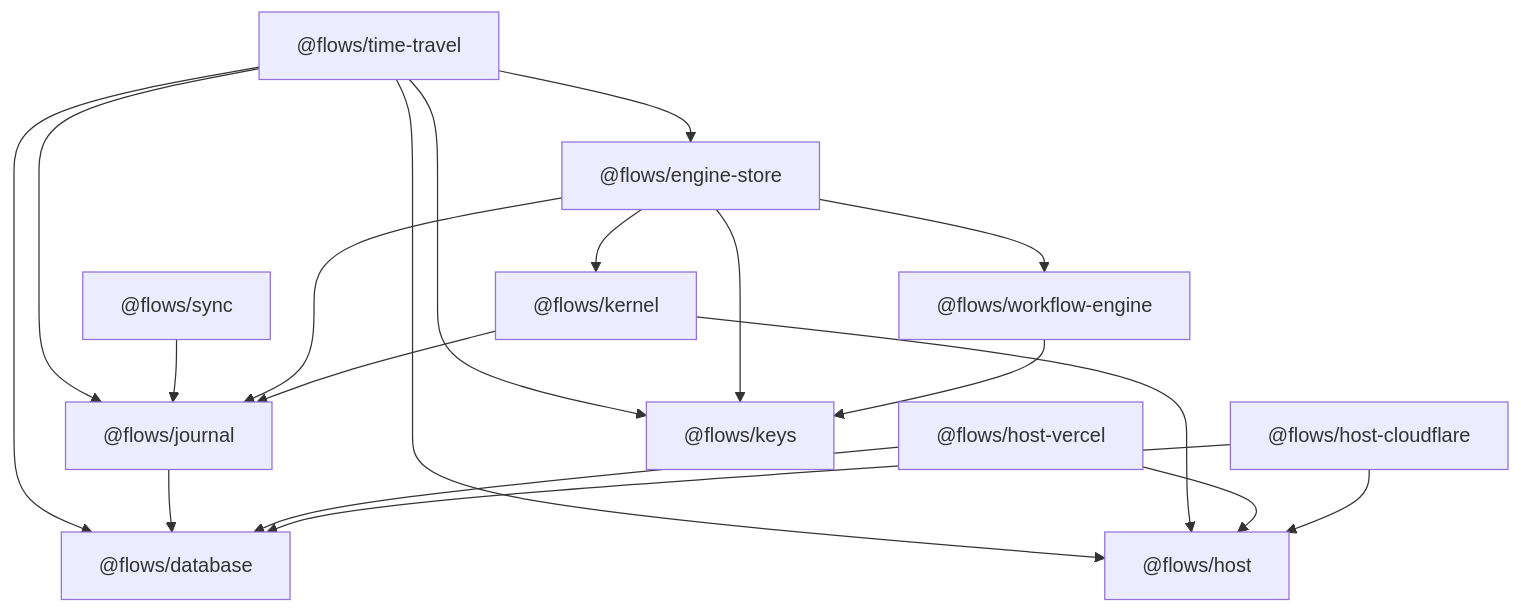
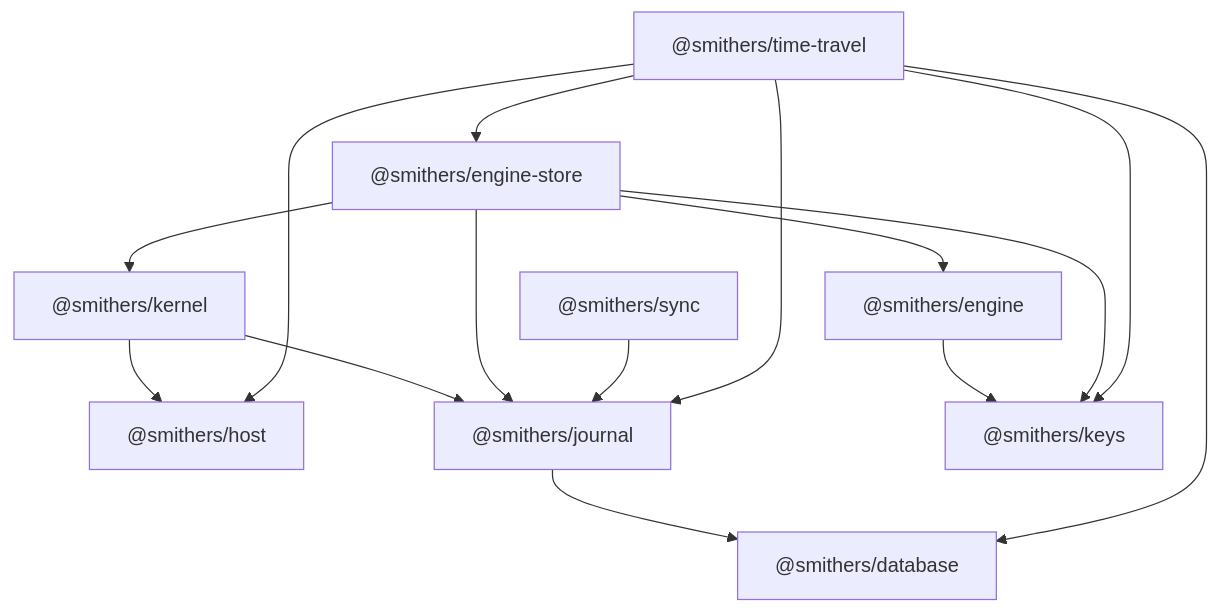
The diagram in docs/architecture/package-map.md (smithersai/flows), drawn with Mermaid before and after one commit. The commit also changed other lines of this file and 249 other files, not shown here.

First line of the commit message:
📦 refactor(engine): rename workflow-engine to engine and Workflow to Flow

````diff
--- a/docs/architecture/package-map.md
+++ b/docs/architecture/package-map.md
@@ -7,22 +7,20 @@
 ```mermaid
 flowchart TD
-  HC["@flows/host-cloudflare"] --> H["@flows/host"]
-  HC --> D["@flows/database"]
-  HV["@flows/host-vercel"] --> H
-  HV --> D
+  H["@smithers/host"]
+  D["@smithers/database"]
 
-  J["@flows/journal"] --> D
-  K["@flows/kernel"] --> H
+  J["@smithers/journal"] --> D
+  K["@smithers/kernel"] --> H
   K --> J
-  W["@flows/workflow-engine"] --> Keys["@flows/keys"]
-  E["@flows/engine-store"] --> W
+  W["@smithers/engine"] --> Keys["@smithers/keys"]
+  E["@smithers/engine-store"] --> W
   E --> Keys
   E --> J
   E --> K
-  S["@flows/sync"] --> J
-  T["@flows/time-travel"] --> D
+  S["@smithers/sync"] --> J
+  T["@smithers/time-travel"] --> D
   T --> E
   T --> H
   T --> J
   T --> Keys
 ```
````
